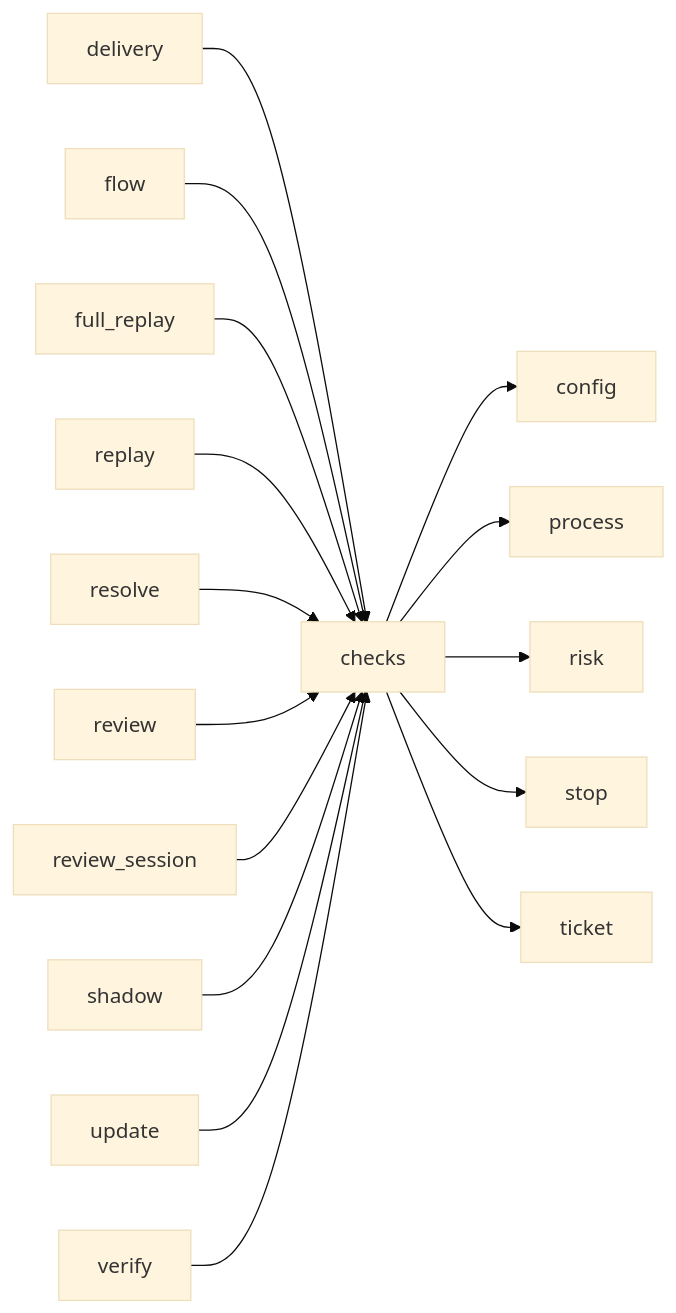
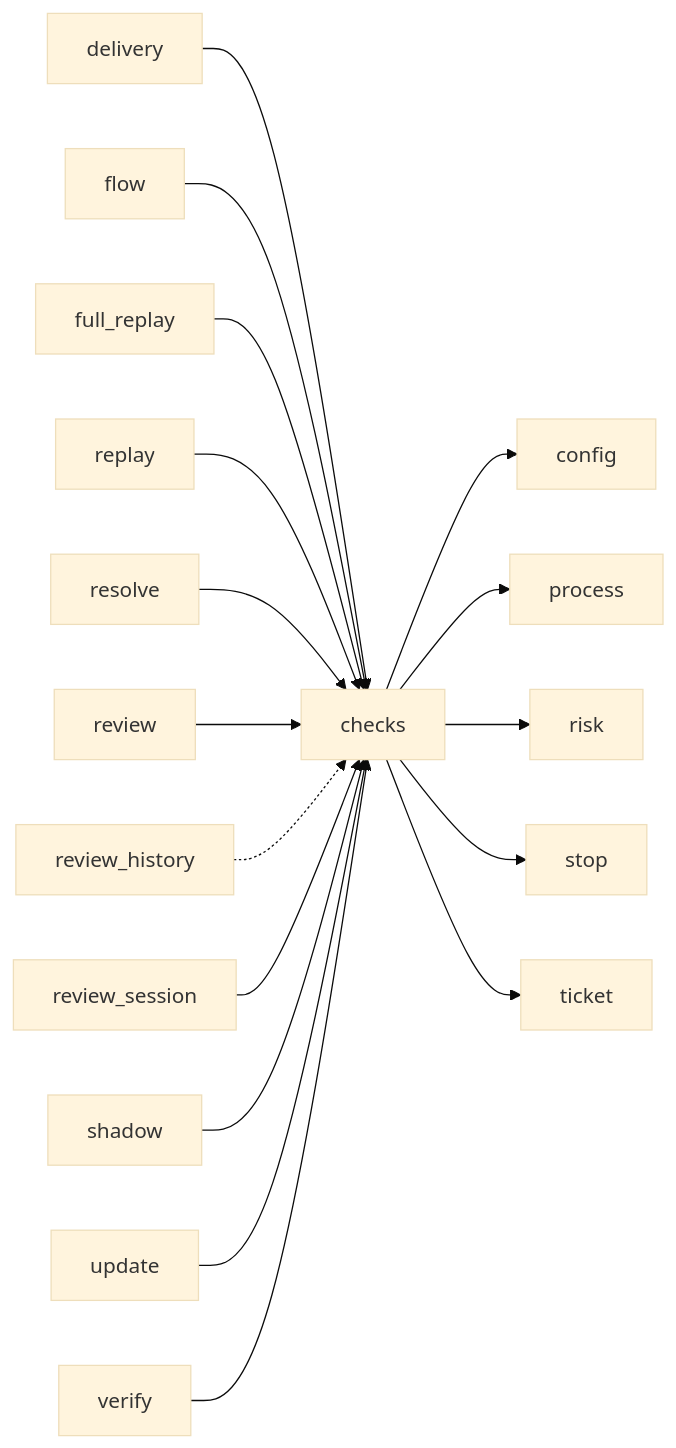
Before and after one commit to plaplanche/ariane: the third of 3 diagrams in docs/architecture/modules/checks.md, drawn with Mermaid (base theme). The commit also changed 30 other files, not shown here.

````diff
--- a/docs/architecture/modules/checks.md
+++ b/docs/architecture/modules/checks.md
@@ -105,18 +105,19 @@
 ```mermaid
 flowchart LR
   checks --> config
   checks --> process
   checks --> risk
   checks --> stop
   checks --> ticket
   delivery --> checks
   flow --> checks
   full_replay --> checks
   replay --> checks
   resolve --> checks
   review --> checks
+  review_history -.-> checks
   review_session --> checks
   shadow --> checks
   update --> checks
   verify --> checks
 ```
````
